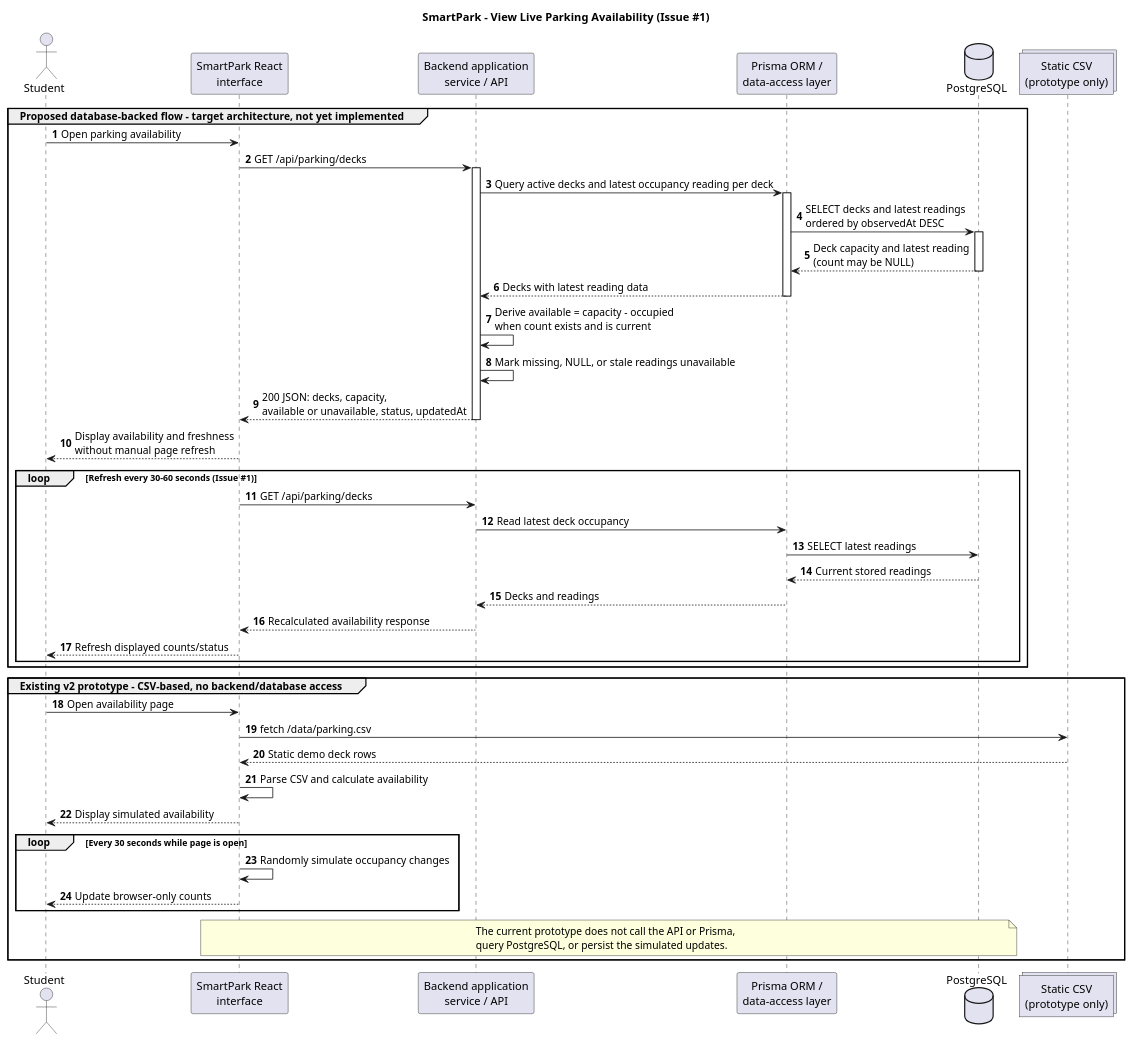
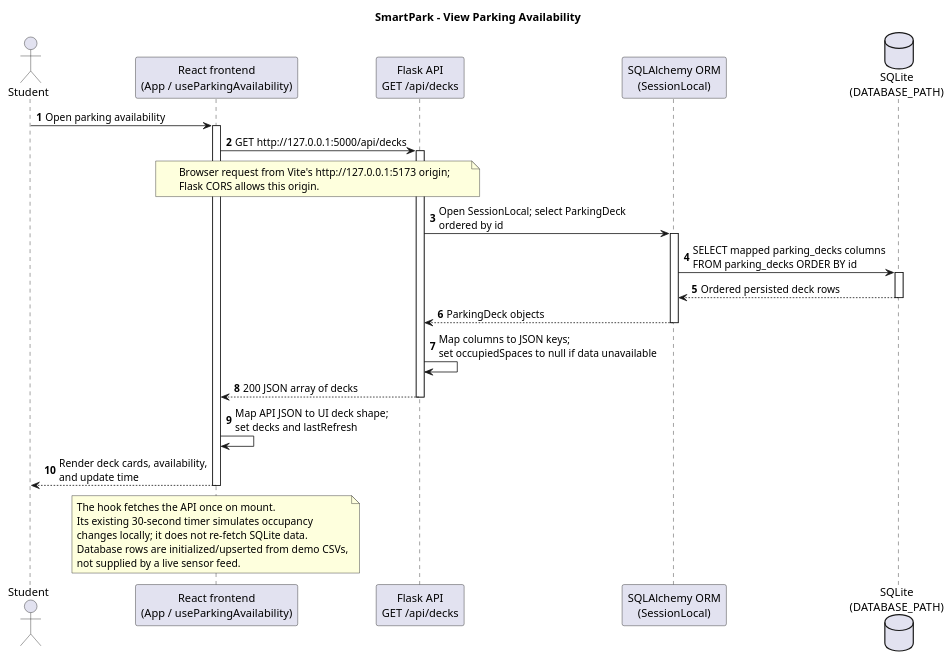
The diagram in docs/uml/smartpark-sequence-diagram.puml (raequan-shadow/Team-2), drawn with PlantUML before and after one commit. The commit also changed 15 other files, not shown here.

Commit message:
Integrate SQLAlchemy ORM and finalize Sprint 2 database integration

```diff
--- a/docs/uml/smartpark-sequence-diagram.puml
+++ b/docs/uml/smartpark-sequence-diagram.puml
@@ -1,56 +1,41 @@
 @startuml
-title SmartPark - View Live Parking Availability (Issue #1)
+title SmartPark - View Parking Availability
 autonumber
 
 actor Student
-participant "SmartPark React\ninterface" as React
-participant "Backend application\nservice / API" as API
-participant "Prisma ORM /\ndata-access layer" as Prisma
-database PostgreSQL as DB
-collections "Static CSV\n(prototype only)" as CSV
+participant "React frontend\n(App / useParkingAvailability)" as React
+participant "Flask API\nGET /api/decks" as Flask
+participant "SQLAlchemy ORM\n(SessionLocal)" as ORM
+database "SQLite\n(DATABASE_PATH)" as DB
 
-group Proposed database-backed flow - target architecture, not yet implemented
-  Student -> React: Open parking availability
-  React -> API: GET /api/parking/decks
-  activate API
-  API -> Prisma: Query active decks and latest occupancy reading per deck
-  activate Prisma
-  Prisma -> DB: SELECT decks and latest readings\nordered by observedAt DESC
-  activate DB
-  DB --> Prisma: Deck capacity and latest reading\n(count may be NULL)
-  deactivate DB
-  Prisma --> API: Decks with latest reading data
-  deactivate Prisma
-  API -> API: Derive available = capacity - occupied\nwhen count exists and is current
-  API -> API: Mark missing, NULL, or stale readings unavailable
-  API --> React: 200 JSON: decks, capacity,\navailable or unavailable, status, updatedAt
-  deactivate API
-  React --> Student: Display availability and freshness\nwithout manual page refresh
+Student -> React: Open parking availability
+activate React
+React -> Flask: GET http://127.0.0.1:5000/api/decks
+note over React,Flask
+  Browser request from Vite's http://127.0.0.1:5173 origin;
+  Flask CORS allows this origin.
+end note
+activate Flask
+Flask -> ORM: Open SessionLocal; select ParkingDeck\nordered by id
+activate ORM
+ORM -> DB: SELECT mapped parking_decks columns\nFROM parking_decks ORDER BY id
+activate DB
+DB --> ORM: Ordered persisted deck rows
+deactivate DB
+ORM --> Flask: ParkingDeck objects
+deactivate ORM
+Flask -> Flask: Map columns to JSON keys;\nset occupiedSpaces to null if data unavailable
+Flask --> React: 200 JSON array of decks
+deactivate Flask
+React -> React: Map API JSON to UI deck shape;\nset decks and lastRefresh
+React --> Student: Render deck cards, availability,\nand update time
+deactivate React
 
-  loop Refresh every 30-60 seconds (Issue #1)
-    React -> API: GET /api/parking/decks
-    API -> Prisma: Read latest deck occupancy
-    Prisma -> DB: SELECT latest readings
-    DB --> Prisma: Current stored readings
-    Prisma --> API: Decks and readings
-    API --> React: Recalculated availability response
-    React --> Student: Refresh displayed counts/status
-  end
-end
-
-group Existing v2 prototype - CSV-based, no backend/database access
-  Student -> React: Open availability page
-  React -> CSV: fetch /data/parking.csv
-  CSV --> React: Static demo deck rows
-  React -> React: Parse CSV and calculate availability
-  React --> Student: Display simulated availability
-  loop Every 30 seconds while page is open
-    React -> React: Randomly simulate occupancy changes
-    React --> Student: Update browser-only counts
-  end
-  note over React, DB
-    The current prototype does not call the API or Prisma,
-    query PostgreSQL, or persist the simulated updates.
-  end note
-end
+note over React
+  The hook fetches the API once on mount.
+  Its existing 30-second timer simulates occupancy
+  changes locally; it does not re-fetch SQLite data.
+  Database rows are initialized/upserted from demo CSVs,
+  not supplied by a live sensor feed.
+end note
 @enduml
```
